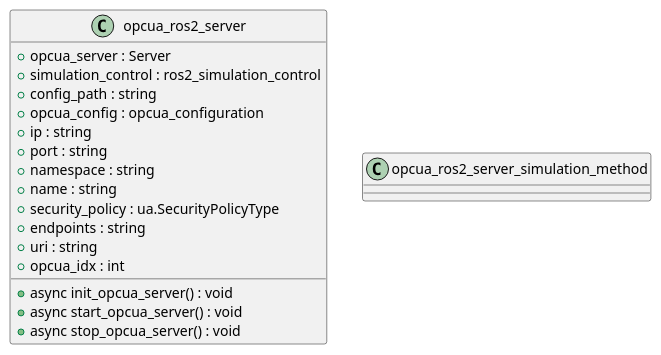
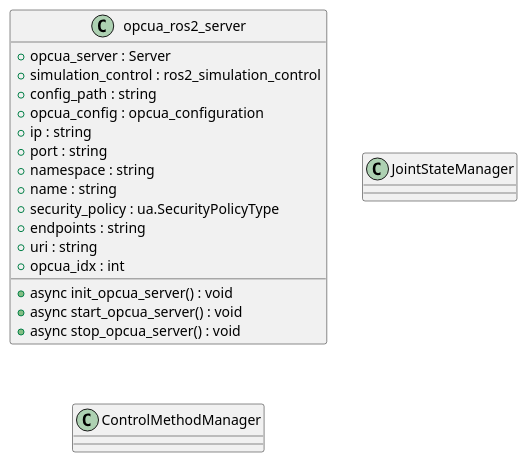
The diagram in Software/UMLs/OPCUA_Server/Opcua_server.wsd (aialmohamed/MPA_KR3_Digital_Twin), drawn with PlantUML before and after one commit.

Commit message:
update opcua server uml

```diff
--- a/Software/UMLs/OPCUA_Server/Opcua_server.wsd
+++ b/Software/UMLs/OPCUA_Server/Opcua_server.wsd
@@ -1,24 +1,29 @@
 @startuml "Opcua_server"
 
 class "opcua_ros2_server" {
     + opcua_server : Server
     + simulation_control : ros2_simulation_control
     + config_path : string
     + opcua_config : opcua_configuration
     + ip : string
     + port : string
     + namespace : string
     + name : string
     + security_policy : ua.SecurityPolicyType
     + endpoints : string
     + uri : string
     + opcua_idx : int
     + async init_opcua_server() : void
     + async start_opcua_server() : void
     + async stop_opcua_server() : void
 }
 
-class "opcua_ros2_server_simulation_method" {
+class JointStateManager{
+
+}
+class ControlMethodManager{
     
 }
+
+
 @enduml
```
